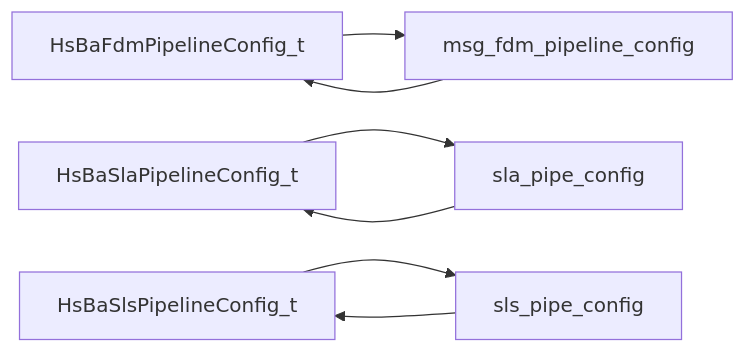
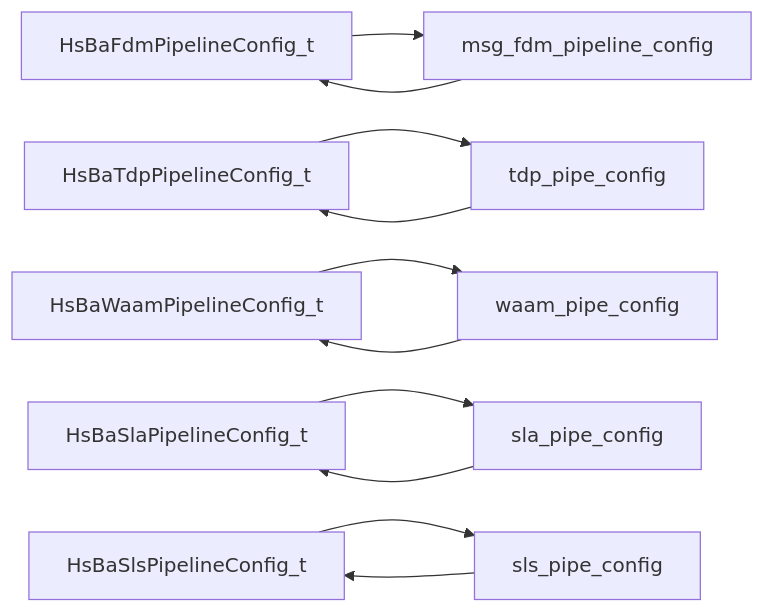
The seventh of 8 diagrams in .qoder/repowiki/zh/content/API 参考文档/流水线配置类型.md (hsmbanlance/HsBaSlicer), drawn with Mermaid before and after one commit. The commit also changed other lines of this file and 365 other files, not shown here.

````diff
--- a/.qoder/repowiki/zh/content/API 参考文档/流水线配置类型.md
+++ b/.qoder/repowiki/zh/content/API 参考文档/流水线配置类型.md
@@ -601,9 +759,13 @@
 ```mermaid
 graph LR
 CfgFdm["HsBaFdmPipelineConfig_t"] --> ProtoFdm["msg_fdm_pipeline_config"]
+CfgTdp["HsBaTdpPipelineConfig_t"] --> ProtoTdp["tdp_pipe_config"]
+CfgWaam["HsBaWaamPipelineConfig_t"] --> ProtoWaam["waam_pipe_config"]
 CfgSla["HsBaSlaPipelineConfig_t"] --> ProtoSla["sla_pipe_config"]
 CfgSls["HsBaSlsPipelineConfig_t"] --> ProtoSls["sls_pipe_config"]
 ProtoFdm --> CfgFdm
+ProtoTdp --> CfgTdp
+ProtoWaam --> CfgWaam
 ProtoSla --> CfgSla
 ProtoSls --> CfgSls
 ```
````
